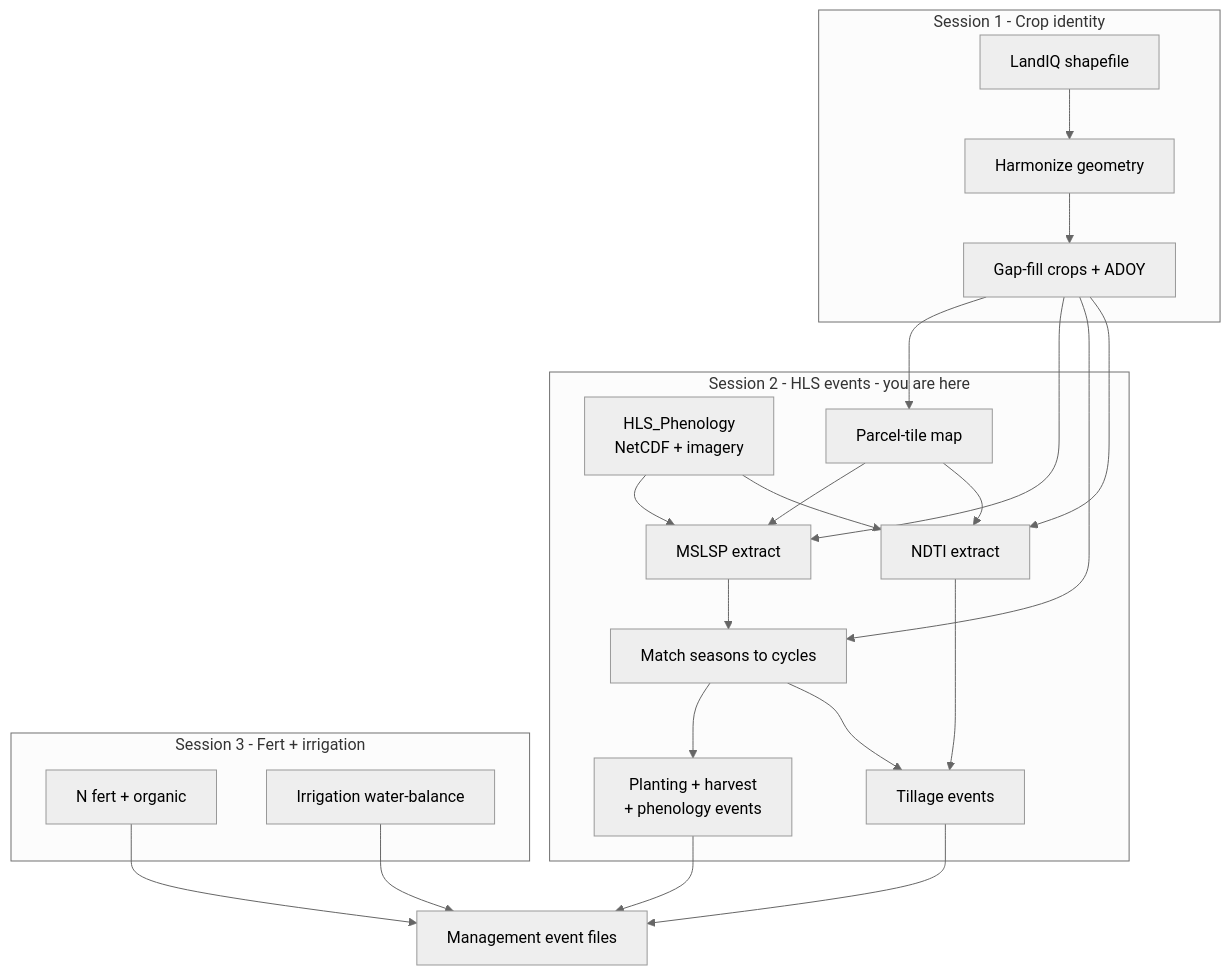
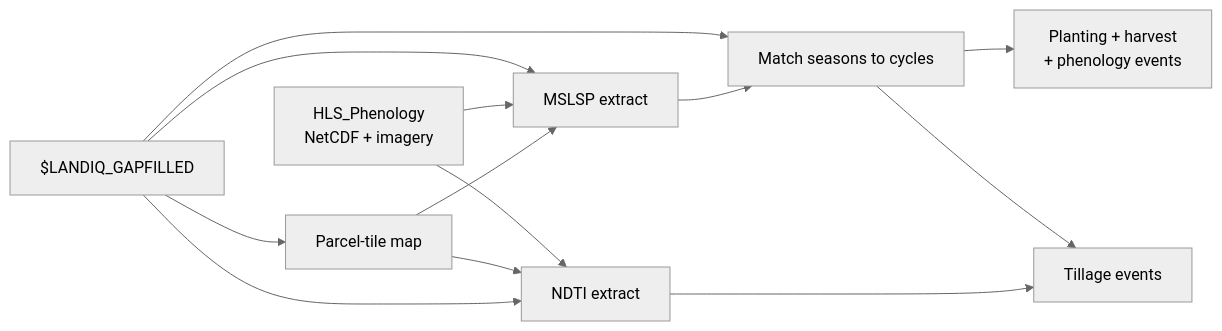
The second of 2 diagrams in modules/data.remote/inst/ccmmf/documentation/sessions/02-phenology.md (PecanProject/pecan), drawn with Mermaid (neutral theme) before and after one commit. The commit also changed other lines of this file and 4 other files, not shown here.

First line of the commit message:
Clarify year-pair inventory concept and unify session Context diagrams.

````diff
--- a/modules/data.remote/inst/ccmmf/documentation/sessions/02-phenology.md
+++ b/modules/data.remote/inst/ccmmf/documentation/sessions/02-phenology.md
@@ -26,32 +37,15 @@
 ```mermaid
-flowchart TB
-  subgraph S1["Session 1 - Crop identity"]
-    DWR["LandIQ shapefile"] --> CADWR["Harmonize geometry"]
-    CADWR --> GF["Gap-fill crops + ADOY"]
-  end
-
-  subgraph S2["Session 2 - HLS events - you are here"]
-    HLS["HLS_Phenology\nNetCDF + imagery"] --> MSLSP["MSLSP extract"]
-    GF --> MAP["Parcel-tile map"]
-    MAP --> MSLSP
-    GF --> MSLSP
-    MSLSP --> MATCH["Match seasons to cycles"]
-    GF --> MATCH
-    MATCH --> EV1["Planting + harvest\n+ phenology events"]
-    HLS --> NDTI["NDTI extract"]
-    MAP --> NDTI
-    GF --> NDTI
-    NDTI --> EV2["Tillage events"]
-    MATCH --> EV2
-  end
-
-  subgraph S3["Session 3 - Fert + irrigation"]
-    FERT["N fert + organic"]
-    IRR["Irrigation water-balance"]
-  end
-
-  EV1 --> OUT["Management event files"]
-  EV2 --> OUT
-  FERT --> OUT
-  IRR --> OUT
+flowchart LR
+  LANDIQ["$LANDIQ_GAPFILLED"] --> MAP["Parcel-tile map"]
+  LANDIQ --> MSLSP["MSLSP extract"]
+  LANDIQ --> MATCH["Match seasons to cycles"]
+  HLS["HLS_Phenology\nNetCDF + imagery"] --> MSLSP
+  MAP --> MSLSP
+  MSLSP --> MATCH
+  MATCH --> EV1["Planting + harvest\n+ phenology events"]
+  HLS --> NDTI["NDTI extract"]
+  MAP --> NDTI
+  LANDIQ --> NDTI
+  MATCH --> EV2["Tillage events"]
+  NDTI --> EV2
 ```
````
